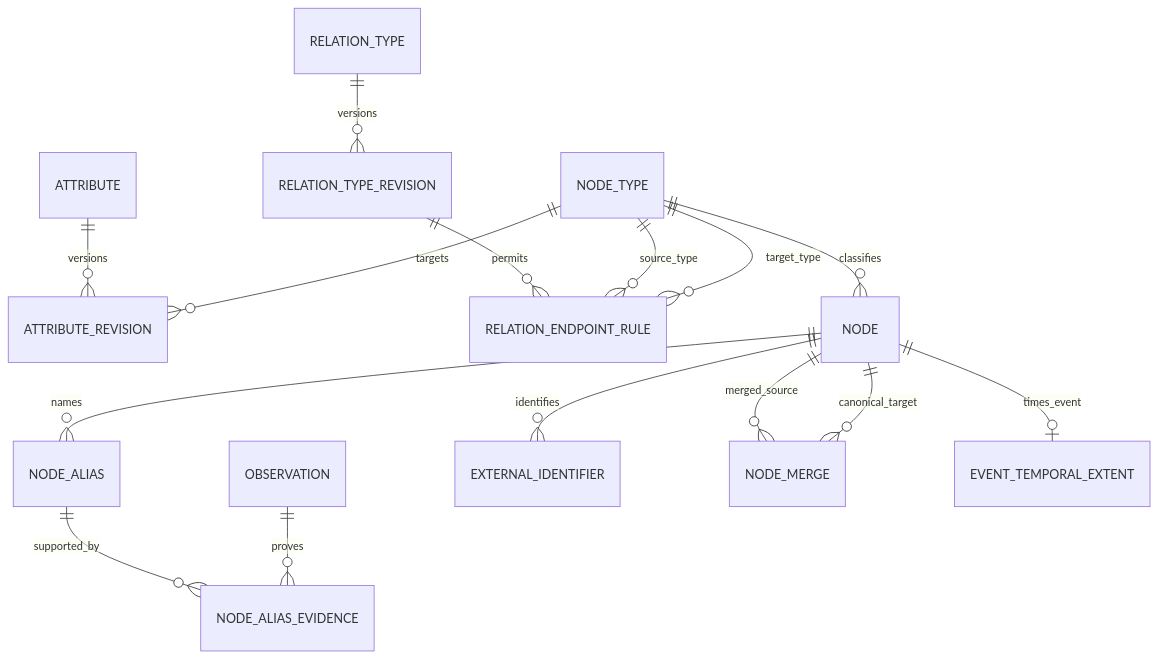
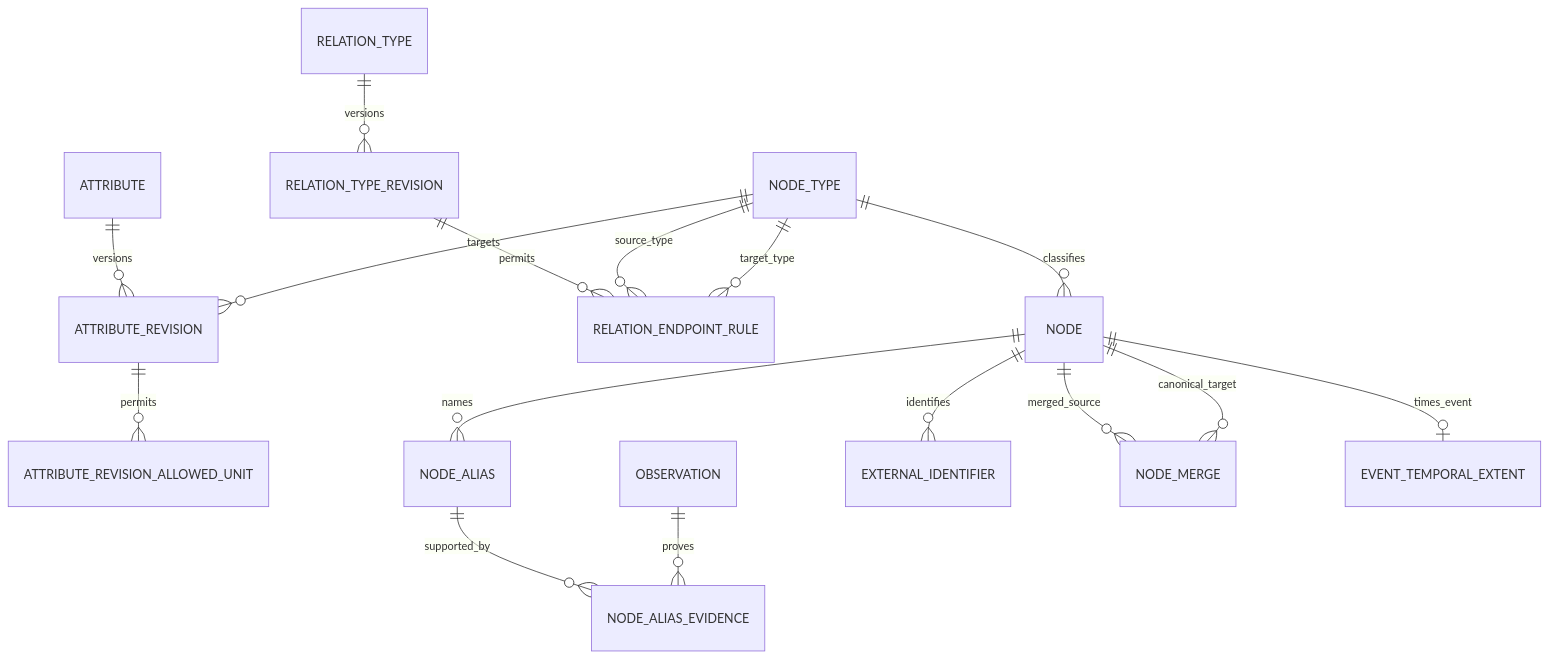
One commit to studylida/ontology-map changed the third of 5 diagrams in docs/data/logical-schema.md. Above: the diagram before and after it, drawn with Mermaid. The commit also changed other lines of this file, not shown here.

Commit message:
docs: define multi-unit NUMBER attribute contract (#200)

````diff
--- a/docs/data/logical-schema.md
+++ b/docs/data/logical-schema.md
@@ -72,17 +72,18 @@
 ```mermaid
 erDiagram
     RELATION_TYPE ||--o{ RELATION_TYPE_REVISION : versions
     ATTRIBUTE ||--o{ ATTRIBUTE_REVISION : versions
+    ATTRIBUTE_REVISION ||--o{ ATTRIBUTE_REVISION_ALLOWED_UNIT : permits
     RELATION_TYPE_REVISION ||--o{ RELATION_ENDPOINT_RULE : permits
     NODE_TYPE ||--o{ RELATION_ENDPOINT_RULE : source_type
     NODE_TYPE ||--o{ RELATION_ENDPOINT_RULE : target_type
     NODE_TYPE ||--o{ ATTRIBUTE_REVISION : targets
     NODE_TYPE ||--o{ NODE : classifies
     NODE ||--o{ NODE_ALIAS : names
     NODE_ALIAS ||--o{ NODE_ALIAS_EVIDENCE : supported_by
     OBSERVATION ||--o{ NODE_ALIAS_EVIDENCE : proves
     NODE ||--o{ EXTERNAL_IDENTIFIER : identifies
     NODE ||--o{ NODE_MERGE : merged_source
     NODE ||--o{ NODE_MERGE : canonical_target
     NODE ||--o| EVENT_TEMPORAL_EXTENT : times_event
 ```
````
